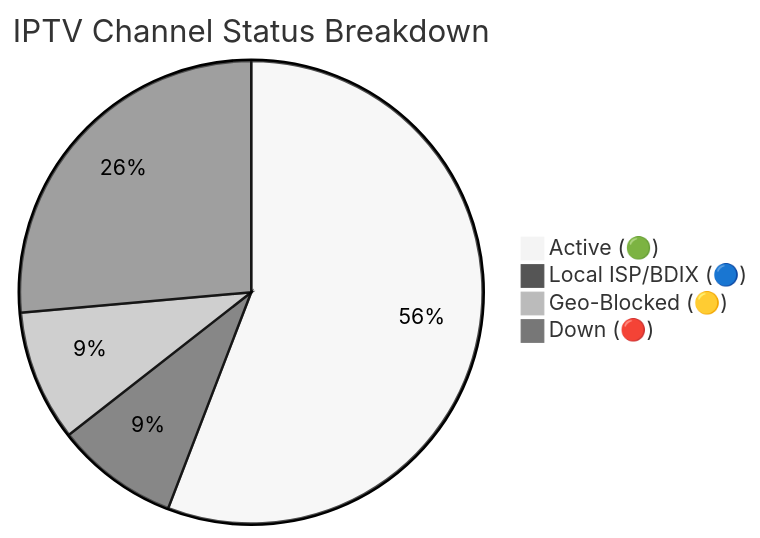
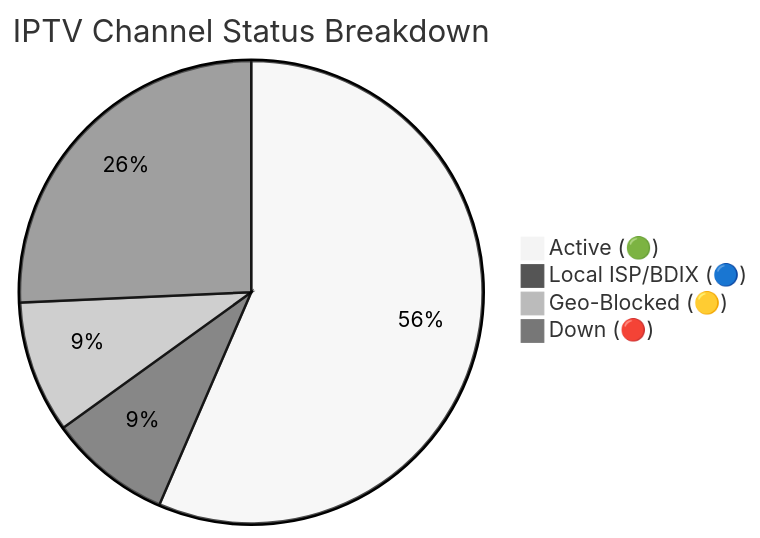
The diagram in README.md (Zaman-Topu/Ip-tv-Collection), drawn with Mermaid (neutral theme) before and after one commit. The commit also changed other lines of this file and 6 other files, not shown here.

````diff
--- a/README.md
+++ b/README.md
@@ -149,7 +149,7 @@
 ```mermaid
 pie title IPTV Channel Status Breakdown
-    "Active (🟢)" : 10390
-    "Local ISP/BDIX (🔵)" : 1600
-    "Geo-Blocked (🟡)" : 1702
-    "Down (🔴)" : 4914
+    "Active (🟢)" : 10428
+    "Local ISP/BDIX (🔵)" : 1580
+    "Geo-Blocked (🟡)" : 1704
+    "Down (🔴)" : 4746
 ```
````
